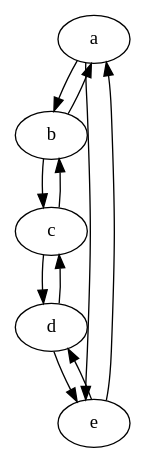
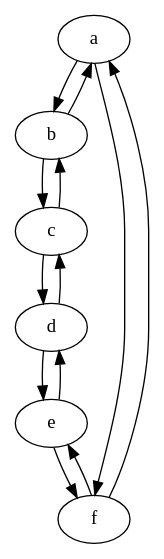
The diagram in diagram/double.dot (create-ensemble/feedback), drawn with Graphviz before and after one commit. The commit also changed 7 other files, not shown here.

Commit message:
diagram updates

```diff
--- a/diagram/double.dot
+++ b/diagram/double.dot
@@ -1,4 +1,4 @@
 digraph double {
-  a -> b -> c -> d -> e -> a
-  a -> e -> d -> c -> b -> a
+  a -> b -> c -> d -> e -> f -> a
+  a -> f -> e -> d -> c -> b -> a
 }
```
